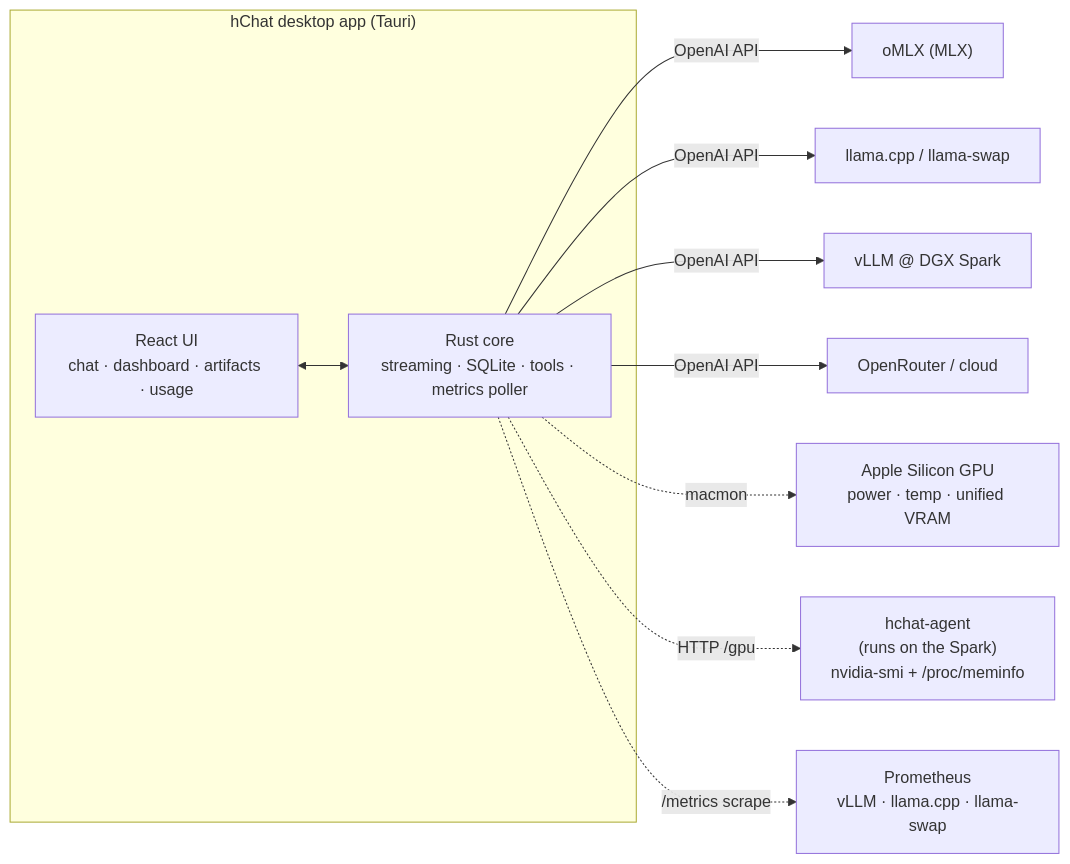
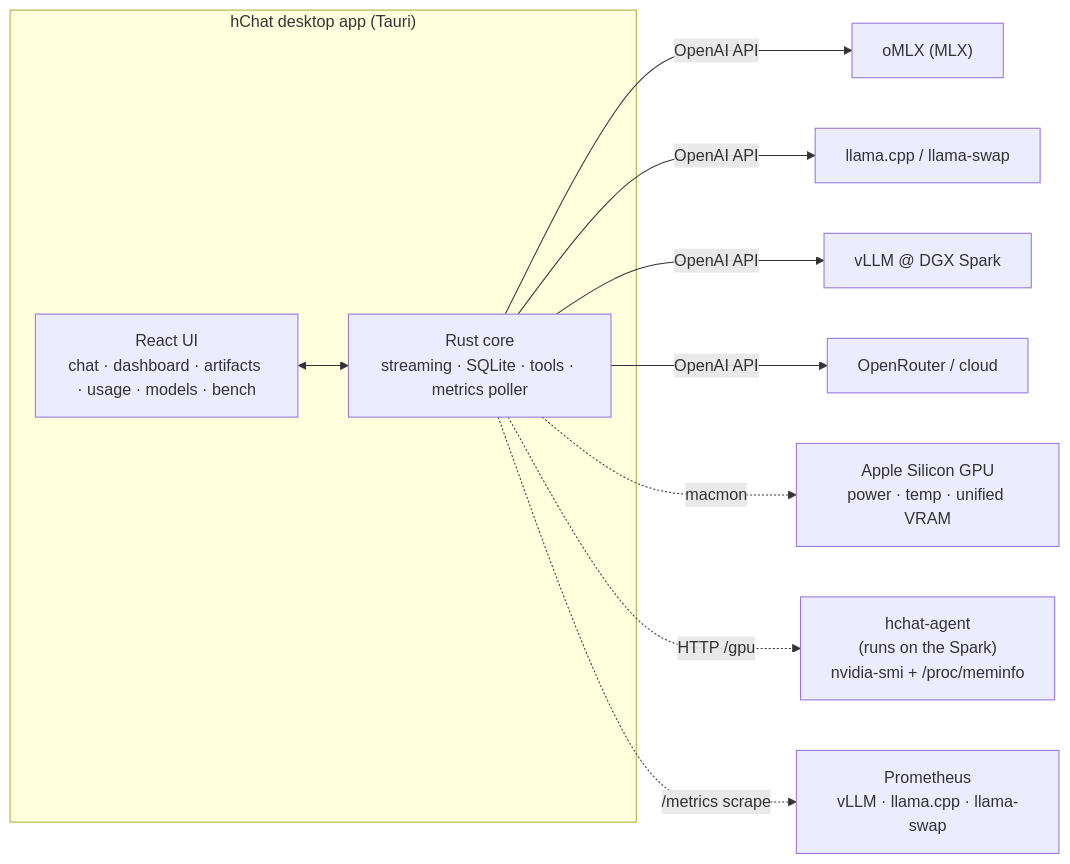
One commit to heath0xFF/hChat changed the diagram in README.md. Above: the diagram before and after it, drawn with Mermaid. The commit also changed other lines of this file and 12 other files, not shown here.

First line of the commit message:
feat: usage cost + percentiles, Models browser, Benchmark mode

````diff
--- a/README.md
+++ b/README.md
@@ -70,17 +74,17 @@
 ```mermaid
 flowchart LR
   subgraph app["hChat desktop app (Tauri)"]
-    ui["React UI<br/>chat · dashboard · artifacts · usage"]
+    ui["React UI<br/>chat · dashboard · artifacts · usage · models · bench"]
     core["Rust core<br/>streaming · SQLite · tools · metrics poller"]
     ui <--> core
   end
 
   core -->|OpenAI API| omlx["oMLX&nbsp;(MLX)"]
   core -->|OpenAI API| lcpp["llama.cpp / llama-swap"]
   core -->|OpenAI API| vllm["vLLM @ DGX Spark"]
   core -->|OpenAI API| or["OpenRouter / cloud"]
 
   core -.->|macmon| mac["Apple Silicon GPU<br/>power · temp · unified VRAM"]
   core -.->|HTTP /gpu| agent["hchat-agent<br/>(runs on the Spark)<br/>nvidia-smi + /proc/meminfo"]
   core -.->|/metrics scrape| prom["Prometheus<br/>vLLM · llama.cpp · llama-swap"]
 ```
````
